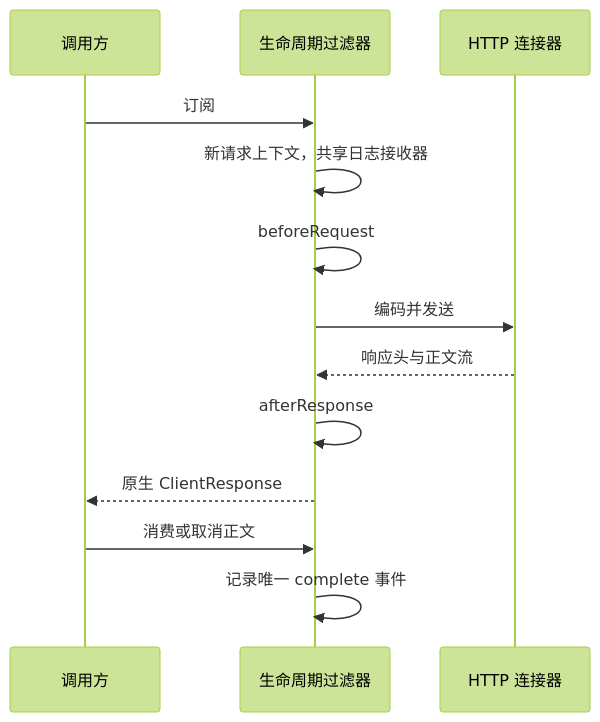
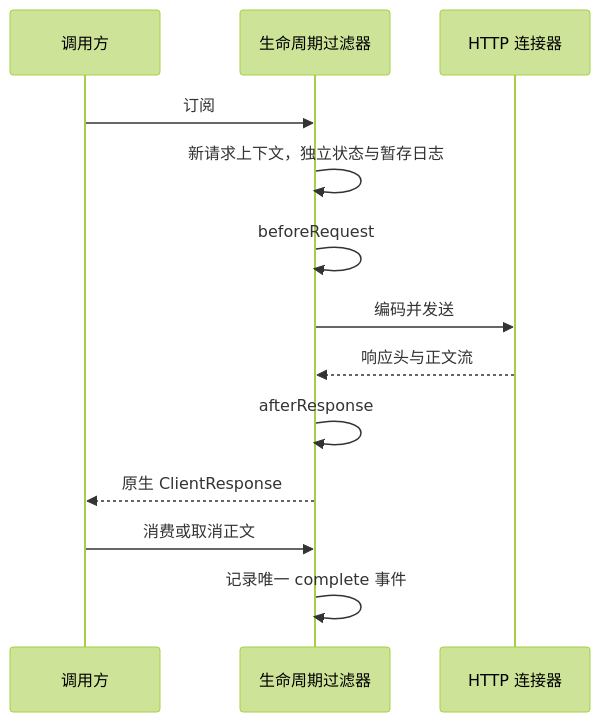
One commit to Y-cs/wuli3 changed the diagram in guide/wuli3-http.md. Above: the diagram before and after it, drawn with Mermaid (forest theme). The commit also changed other lines of this file and 21 other files, not shown here.

````diff
--- a/guide/wuli3-http.md
+++ b/guide/wuli3-http.md
@@ -62,15 +64,15 @@
 ```mermaid
 sequenceDiagram
     participant A as 调用方
     participant L as 生命周期过滤器
     participant H as HTTP 连接器
     A->>L: 订阅
-    L->>L: 新请求上下文，共享日志接收器
+    L->>L: 新请求上下文，独立状态与暂存日志
     L->>L: beforeRequest
     L->>H: 编码并发送
     H-->>L: 响应头与正文流
     L->>L: afterResponse
     L-->>A: 原生 ClientResponse
     A->>L: 消费或取消正文
     L->>L: 记录唯一 complete 事件
 ```
````
